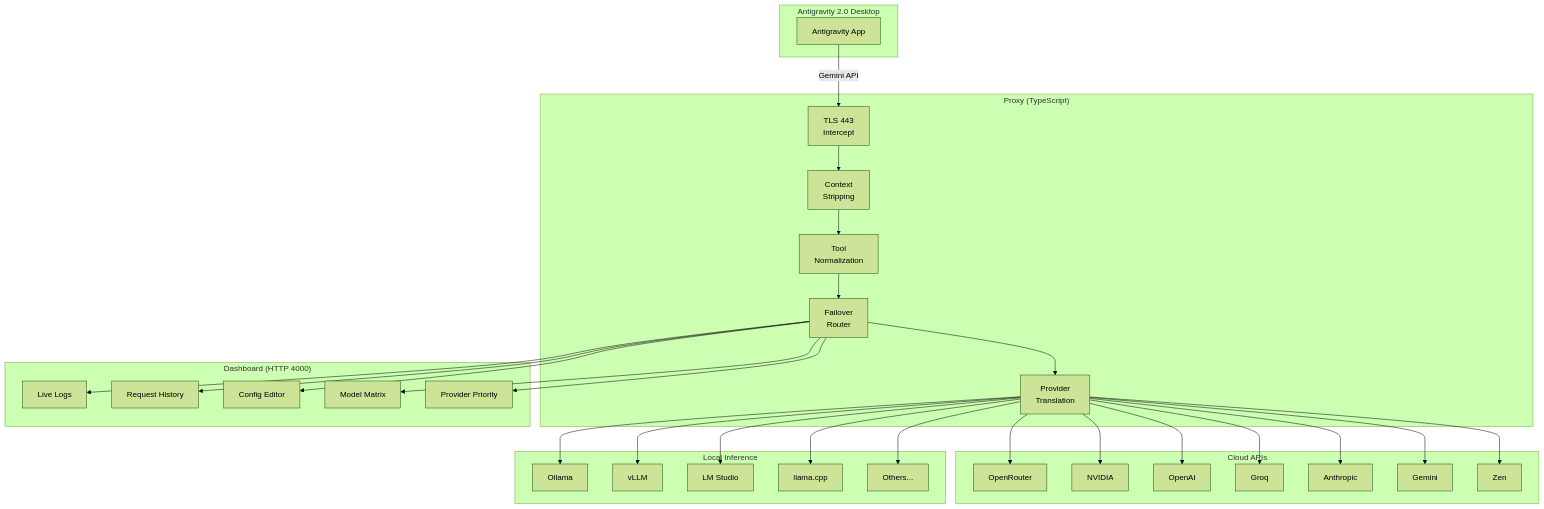
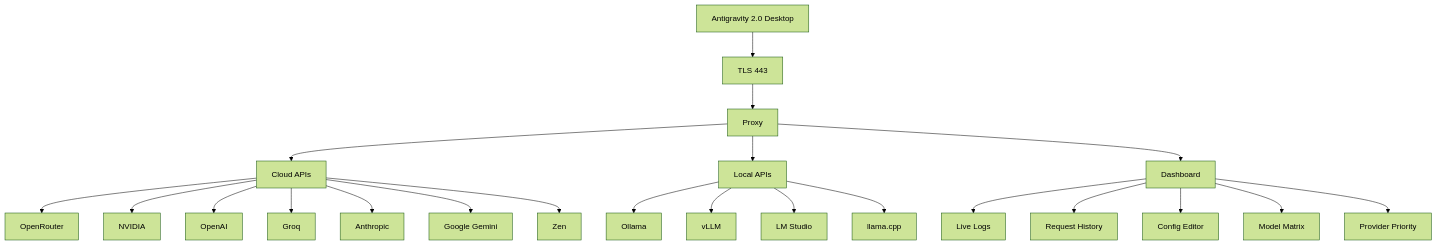
The first of 3 diagrams in README.md (12errh/antigravity-proxy), drawn with Mermaid (forest theme) before and after one commit.

Commit message:
@ fix: simplify mermaid diagram for better rendering
- Simplified diagram to avoid parsing errors
- Used cleaner, more readable node labels
- Maintained clear flow: Desktop → Proxy → APIs → Dashboard
- Removed complex styling that could cause issues
- Kept essential architecture information intact

````diff
--- a/README.md
+++ b/README.md
@@ -96,42 +96,27 @@
 ```mermaid
-flowchart TB
-    subgraph Client["Antigravity 2.0 Desktop"]
-        AG[Antigravity App]
-    end
-    subgraph Proxy["Proxy (TypeScript)"]
-        TL[TLS 443<br/>Intercept]
-        CS[Context<br/>Stripping]
-        TN[Tool<br/>Normalization]
-        RO[Failover<br/>Router]
-        TR[Provider<br/>Translation]
-    end
-    subgraph Dashboard["Dashboard (HTTP 4000)"]
-        LL[Live Logs]
-        RH[Request History]
-        CE[Config Editor]
-        MM[Model Matrix]
-        PP[Provider Priority]
-    end
-    subgraph Cloud["Cloud APIs"]
-        OR[OpenRouter]
-        NV[NVIDIA]
-        OAI[OpenAI]
-        GQ[Groq]
-        AN[Anthropic]
-        GM[Gemini]
-        ZN[Zen]
-    end
-    subgraph Local["Local Inference"]
-        OL[Ollama]
-        VL[vLLM]
-        LMS[LM Studio]
-        LCP[llama.cpp]
-        OTH[Others...]
-    end
+graph TD
+    A[Antigravity 2.0 Desktop] --> B[TLS 443]
+    B --> C[Proxy]
+    C --> D[Cloud APIs]
+    C --> E[Local APIs]
+    C --> F[Dashboard]
     
-    AG -->|Gemini API| TL
-    TL --> CS --> TN --> RO --> TR
-    TR --> OR & NV & OAI & GQ & AN & GM & ZN
-    TR --> OL & VL & LMS & LCP & OTH
-    RO --> LL & RH & CE & MM & PP
+    D --> G[OpenRouter]
+    D --> H[NVIDIA]
+    D --> I[OpenAI]
+    D --> J[Groq]
+    D --> K[Anthropic]
+    D --> L[Google Gemini]
+    D --> M[Zen]
+    
+    E --> N[Ollama]
+    E --> O[vLLM]
+    E --> P[LM Studio]
+    E --> Q[llama.cpp]
+    
+    F --> R[Live Logs]
+    F --> S[Request History]
+    F --> T[Config Editor]
+    F --> U[Model Matrix]
+    F --> V[Provider Priority]
 ```
````
